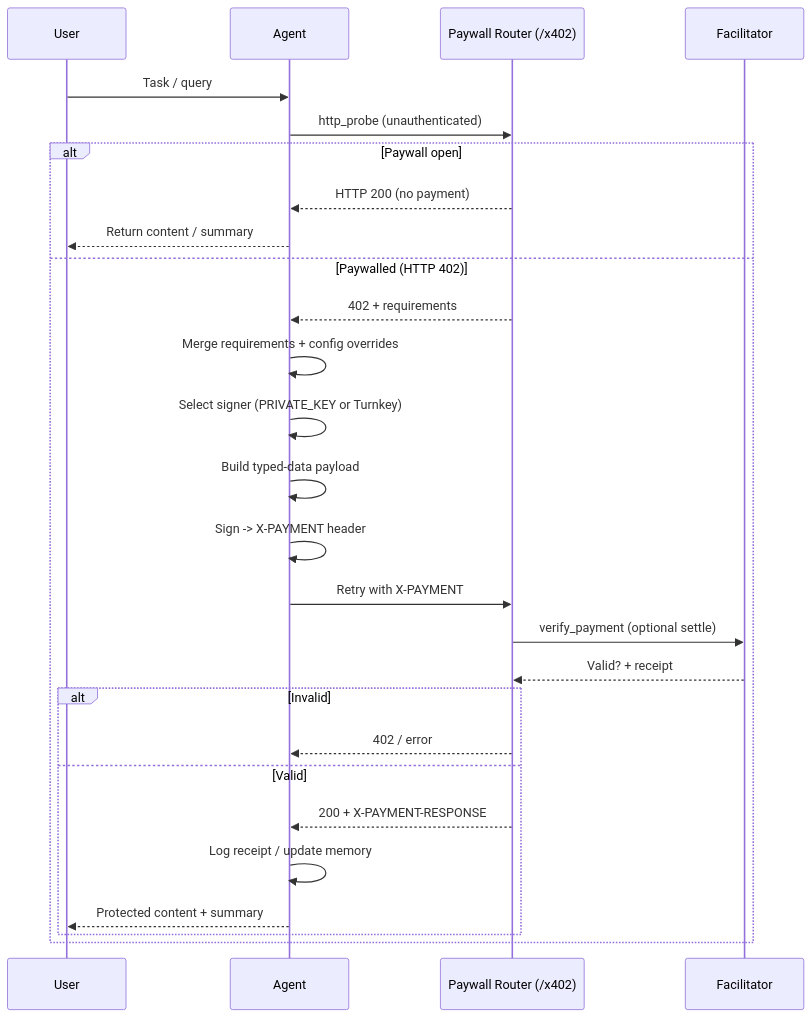
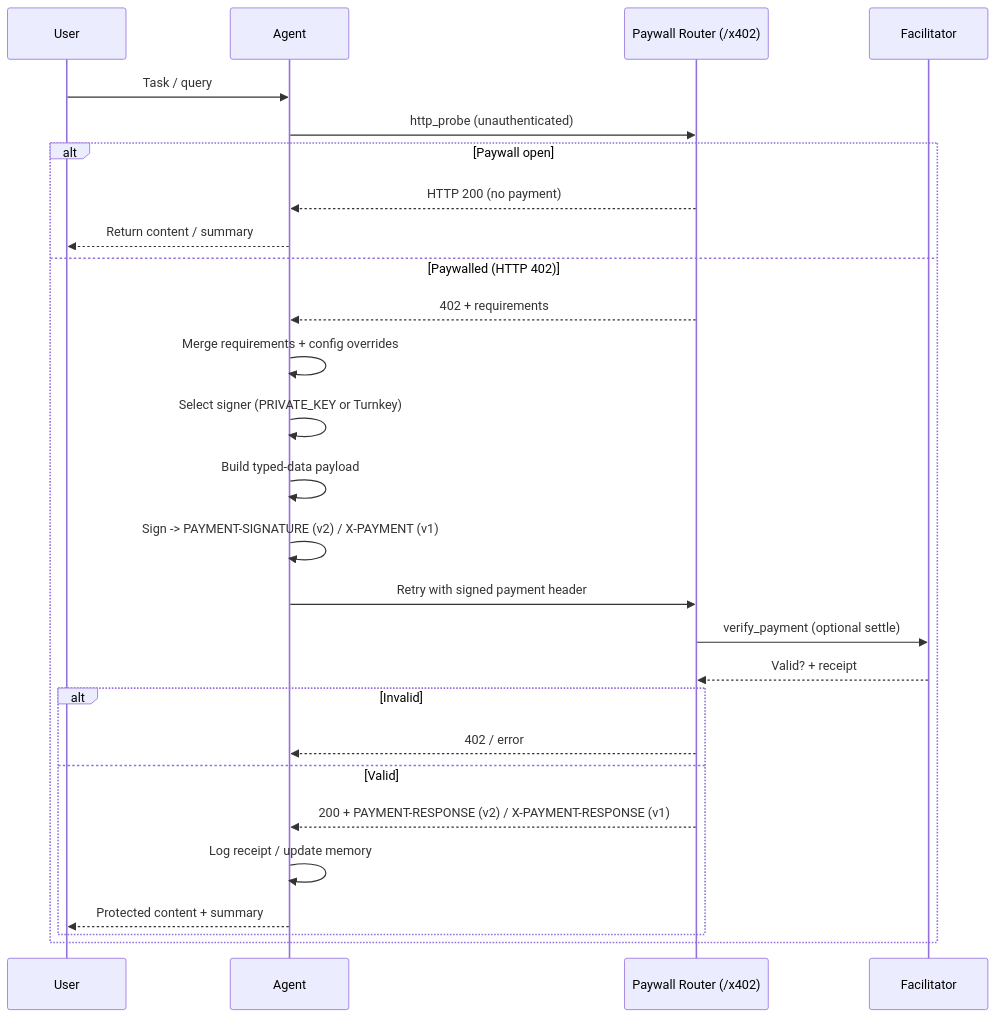
Before and after one commit to XSpoonAi/xspoonai.github.io: the second of 2 diagrams in docs/core-concepts/x402-payments.md, drawn with Mermaid. The commit also changed other lines of this file and 2 other files, not shown here.

Commit message:
Update x402 payment documentation to reflect changes in payment header usage, specifying `PAYMENT-SIGNATURE` for v2 and `X-PAYMENT` for v1. Adjusted examples to align with the new header format and clarified response details for improved understanding.

````diff
--- a/docs/core-concepts/x402-payments.md
+++ b/docs/core-concepts/x402-payments.md
@@ -123,30 +123,30 @@
 ```mermaid
 sequenceDiagram
     participant User
     participant Agent
     participant Paywall as Paywall Router (/x402)
     participant Facilitator
 
     User->>Agent: Task / query
     Agent->>Paywall: http_probe (unauthenticated)
     alt Paywall open
         Paywall-->>Agent: HTTP 200 (no payment)
         Agent-->>User: Return content / summary
     else Paywalled (HTTP 402)
         Paywall-->>Agent: 402 + requirements
         Agent->>Agent: Merge requirements + config overrides
         Agent->>Agent: Select signer (PRIVATE_KEY or Turnkey)
         Agent->>Agent: Build typed-data payload
-        Agent->>Agent: Sign -> X-PAYMENT header
-        Agent->>Paywall: Retry with X-PAYMENT
+        Agent->>Agent: Sign -> PAYMENT-SIGNATURE (v2) / X-PAYMENT (v1)
+        Agent->>Paywall: Retry with signed payment header
         Paywall->>Facilitator: verify_payment (optional settle)
         Facilitator-->>Paywall: Valid? + receipt
         alt Invalid
             Paywall-->>Agent: 402 / error
         else Valid
-            Paywall-->>Agent: 200 + X-PAYMENT-RESPONSE
+            Paywall-->>Agent: 200 + PAYMENT-RESPONSE (v2) / X-PAYMENT-RESPONSE (v1)
             Agent->>Agent: Log receipt / update memory
             Agent-->>User: Protected content + summary
         end
     end
 ```
````
